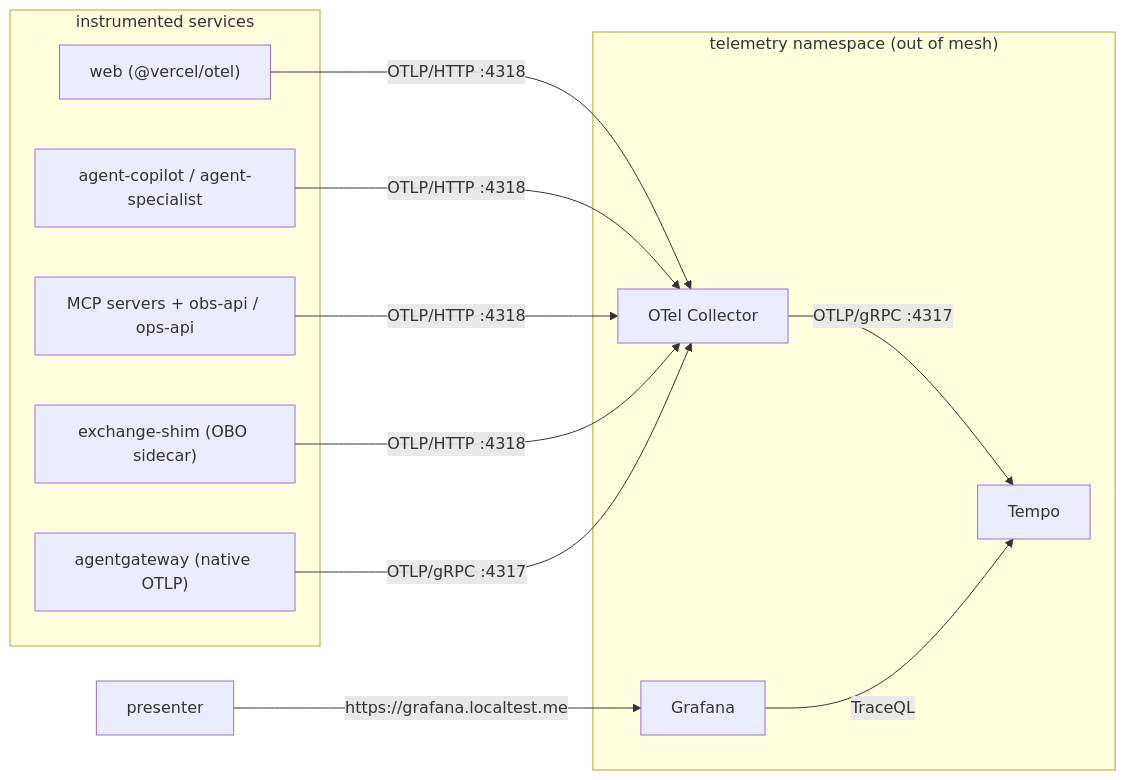
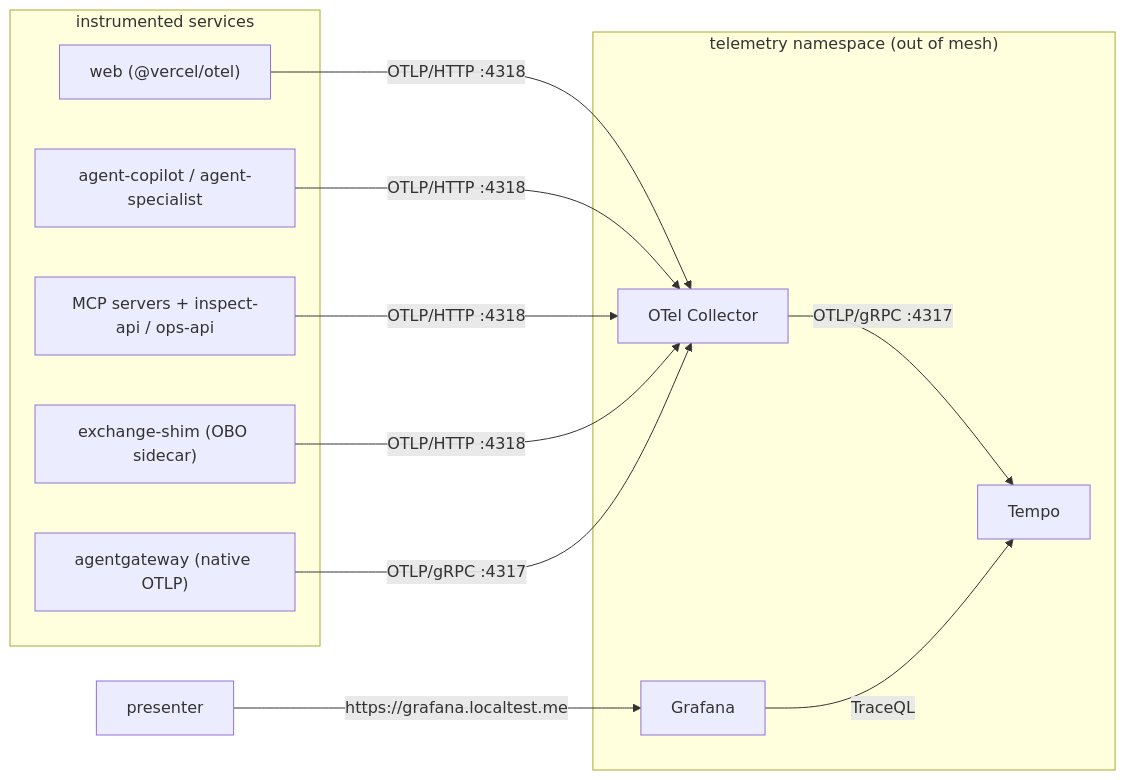
The fourth of 4 diagrams in docs/architecture.md (curityio/ai-agents-auth-demo), drawn with Mermaid before and after one commit. The commit also changed other lines of this file and 171 other files, not shown here.

````diff
--- a/docs/architecture.md
+++ b/docs/architecture.md
@@ -487,23 +487,23 @@
 ```mermaid
 flowchart LR
   subgraph apps["instrumented services"]
     W["web (@vercel/otel)"]
     A["agent-copilot / agent-specialist"]
-    M["MCP servers + obs-api / ops-api"]
+    M["MCP servers + inspect-api / ops-api"]
     GW["agentgateway (native OTLP)"]
     SH["exchange-shim (OBO sidecar)"]
   end
   subgraph tel_ns["telemetry namespace (out of mesh)"]
     COL["OTel Collector"]
     T["Tempo"]
     G["Grafana"]
   end
   W -- "OTLP/HTTP :4318" --> COL
   A -- "OTLP/HTTP :4318" --> COL
   M -- "OTLP/HTTP :4318" --> COL
   SH -- "OTLP/HTTP :4318" --> COL
   GW -- "OTLP/gRPC :4317" --> COL
   COL -- "OTLP/gRPC :4317" --> T
   G -- "TraceQL" --> T
   P["presenter"] -- "https://grafana.localtest.me" --> G
 ```
````
